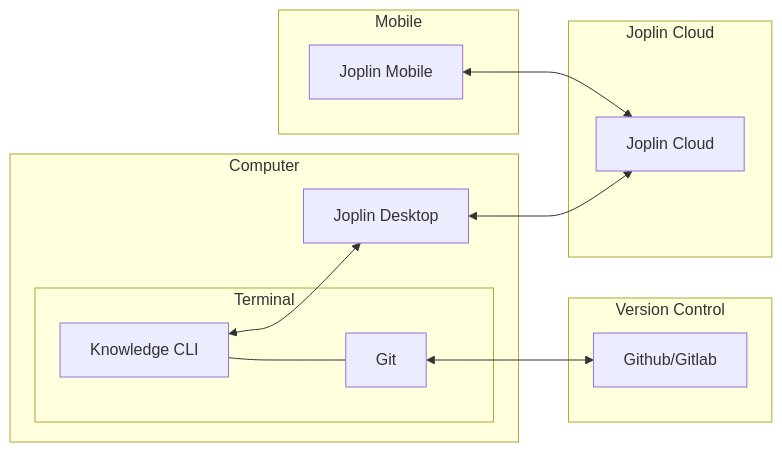
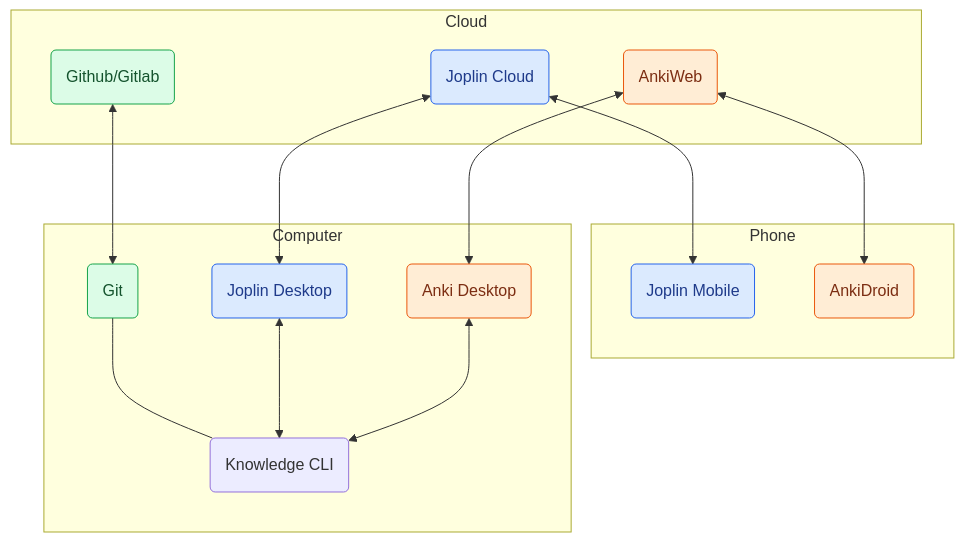
Before and after one commit to maxencetholomier/knowledge: the diagram in docs/architecture.md, drawn with Mermaid. The commit also changed other lines of this file and 4 other files, not shown here.

````diff
--- a/docs/architecture.md
+++ b/docs/architecture.md
@@ -14,28 +12,33 @@
 ```mermaid
-graph LR
-    subgraph Version_Control[Version Control]
-        GL[Github/Gitlab]
+%%{init: {'flowchart': {'rankSpacing': 80, 'nodeSpacing': 60}}}%%
+flowchart TB
+    subgraph Cloud
+        JC(Joplin Cloud)
+        GH(Github/Gitlab)
+        AW(AnkiWeb)
     end
-
+    subgraph Phone
+        JM(Joplin Mobile)
+        AM(AnkiDroid)
+    end
     subgraph Computer
-        subgraph Terminal
-            K[Knowledge CLI]
-            G[Git]
-            K --- G
-        end
-        JD[Joplin Desktop]
-        K <--> JD
+        JD(Joplin Desktop)
+        G(Git)
+        AD(Anki Desktop)
+        K(Knowledge CLI)
     end
-
-    subgraph Joplin_Cloud[Joplin Cloud]
-        JC[Joplin Cloud]
-    end
-
-    subgraph Mobile
-        JM[Joplin Mobile]
-    end
-
-    JD <--> JC
-    JM <--> JC
-    G <--> GL
+    JC <--> JM
+    AW <--> AM
+    JC <--> JD
+    GH <--> G
+    AW <--> AD
+    G --- K
+    JD <--> K
+    AD <--> K
+    classDef joplin fill:#dbeafe,stroke:#2563eb,color:#1e3a8a
+    classDef anki fill:#ffedd5,stroke:#ea580c,color:#7c2d12
+    classDef git fill:#dcfce7,stroke:#16a34a,color:#14532d
+    class JM,JC,JD joplin
+    class AM,AW,AD anki
+    class GH,G git
 ```
````
